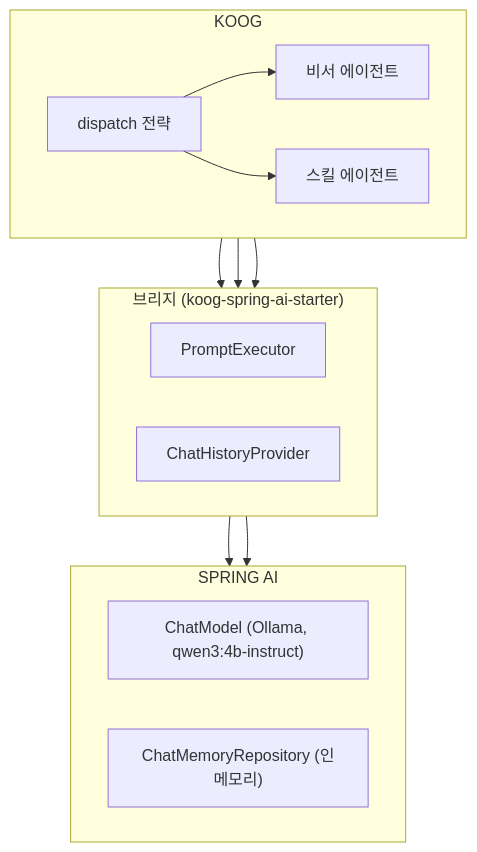
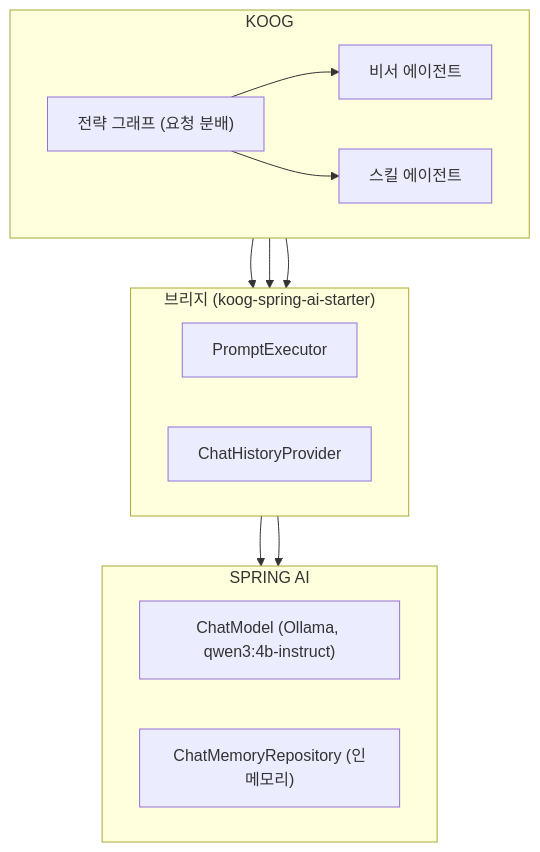
The first of 2 diagrams in demo-phase3/docs/Koog 세미나.md (devjune/ai-study), drawn with Mermaid before and after one commit. The commit also changed other lines of this file, not shown here.

Commit message:
docs(demo-phase3): Koog 세미나.md 여섯 단계 절에서 dispatch 전략을 역할로 풀어 씀, 설명은 오케스트레이션 절에서
Claude-Session: https://claude.ai/code/session_01EuQWNfhXexEBDs2vnTj3cx

````diff
--- a/demo-phase3/docs/Koog 세미나.md
+++ b/demo-phase3/docs/Koog 세미나.md
@@ -75,21 +75,21 @@
 ```mermaid
 flowchart TB
     subgraph K["KOOG"]
         direction LR
-        D["dispatch 전략"] --> A["비서 에이전트"]
+        D["전략 그래프 (요청 분배)"] --> A["비서 에이전트"]
         D --> SK["스킬 에이전트"]
     end
     subgraph B["브리지 (koog-spring-ai-starter)"]
         direction LR
         PE["PromptExecutor"]
         HP["ChatHistoryProvider"]
     end
     subgraph SA["SPRING AI"]
         direction LR
         CM["ChatModel (Ollama, qwen3:4b-instruct)"]
         MR["ChatMemoryRepository (인메모리)"]
     end
     A --> PE --> CM
     A --> HP --> MR
     SK --> PE
 ```
````
